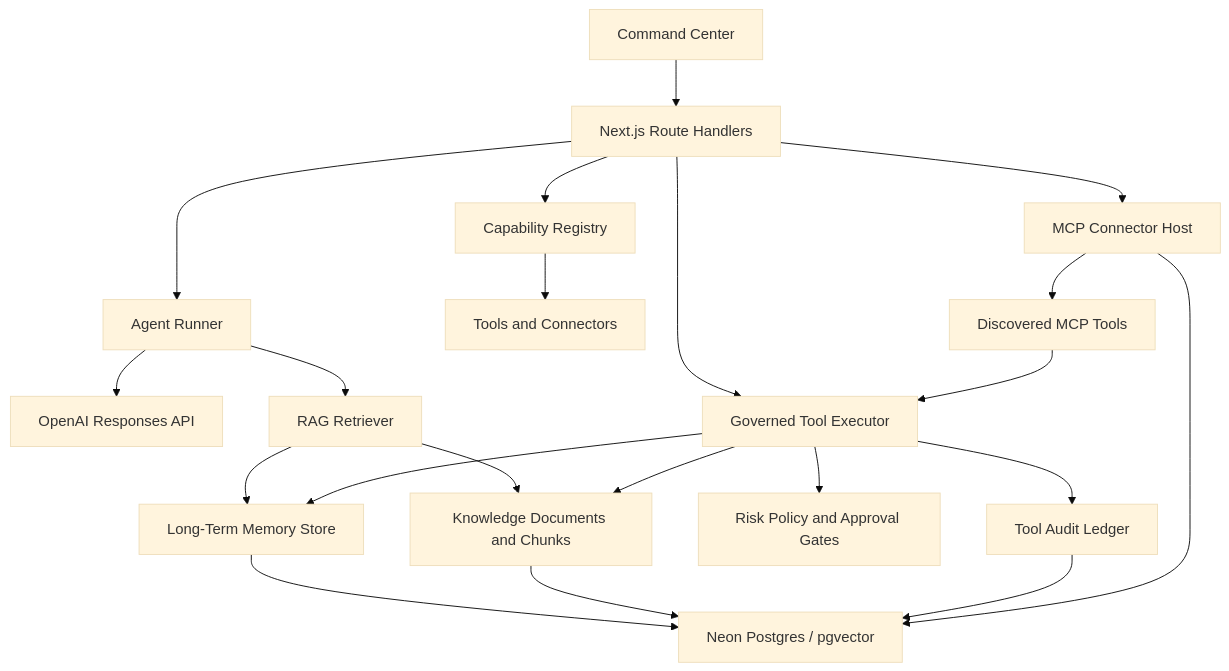
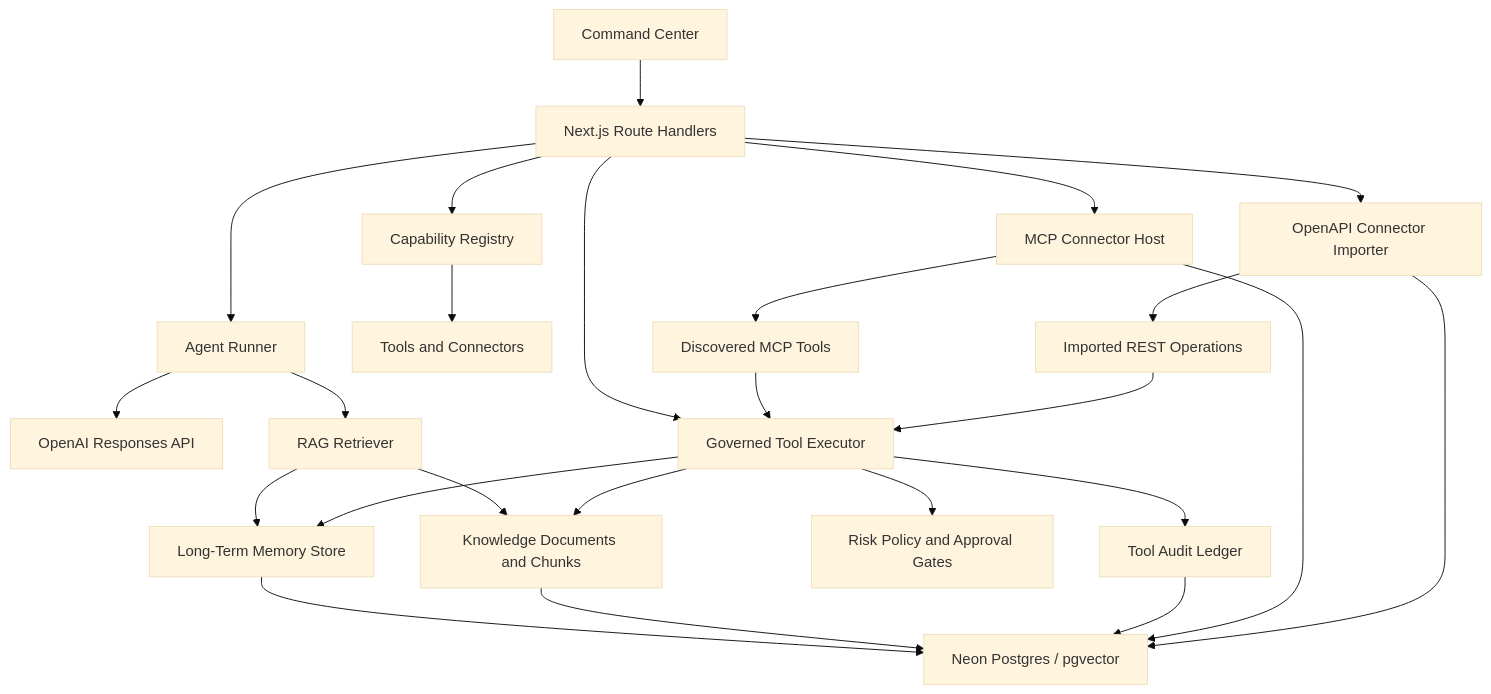
Before and after one commit to benniejoseph/OmniAgentOS: the diagram in docs/IMPLEMENTATION_PLAN.md, drawn with Mermaid (base theme). The commit also changed other lines of this file and 18 other files, not shown here.

Commit message:
Add governed OpenAPI connector importer

````diff
--- a/docs/IMPLEMENTATION_PLAN.md
+++ b/docs/IMPLEMENTATION_PLAN.md
@@ -28,23 +29,27 @@
 ```mermaid
 flowchart TD
   UI["Command Center"] --> API["Next.js Route Handlers"]
   API --> RUNNER["Agent Runner"]
   RUNNER --> OAI["OpenAI Responses API"]
   RUNNER --> RAG["RAG Retriever"]
   RAG --> MEM["Long-Term Memory Store"]
   RAG --> DOCS["Knowledge Documents and Chunks"]
   MEM --> DB["Neon Postgres / pgvector"]
   DOCS --> DB
   API --> REG["Capability Registry"]
   REG --> TOOLS["Tools and Connectors"]
   API --> GOV["Governed Tool Executor"]
   GOV --> POLICY["Risk Policy and Approval Gates"]
   GOV --> AUDIT["Tool Audit Ledger"]
   API --> MCP["MCP Connector Host"]
   MCP --> MTOOLS["Discovered MCP Tools"]
   MTOOLS --> GOV
+  API --> OPENAPI["OpenAPI Connector Importer"]
+  OPENAPI --> RTOOLS["Imported REST Operations"]
+  RTOOLS --> GOV
   GOV --> MEM
   GOV --> DOCS
   AUDIT --> DB
   MCP --> DB
+  OPENAPI --> DB
 ```
````
